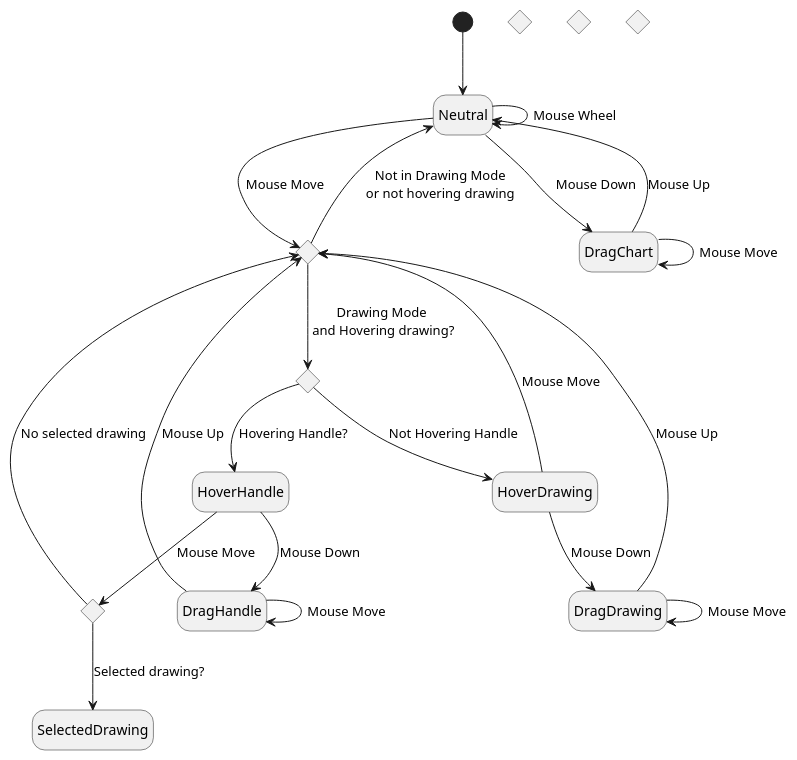
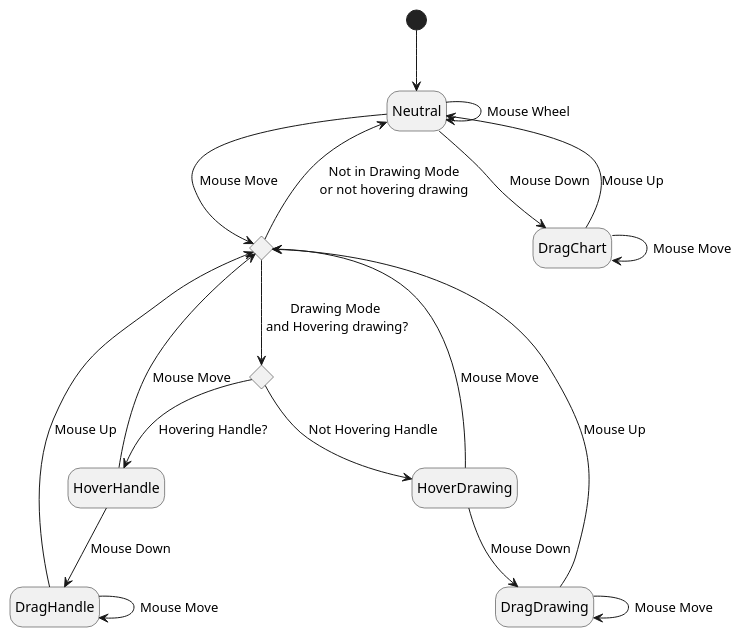
One commit to extic/investments changed the diagram in diagrams/mouse-state-machine1.puml. Above: the diagram before and after it, drawn with PlantUML. The commit also changed 14 other files, not shown here.

Commit message:
Fixed move and drag of drawings

```diff
--- a/diagrams/mouse-state-machine1.puml
+++ b/diagrams/mouse-state-machine1.puml
@@ -1,53 +1,33 @@
 @startuml
 hide empty description
 state "choice1" <<choice>>
 state "choice2" <<choice>>
-state "choice3" <<choice>>
-state "choice5" <<choice>>
-state "choice6" <<choice>>
-state "choice7" <<choice>>
 
 
 [*] --> Neutral
 Neutral -> Neutral: Mouse Wheel
 Neutral --> DragChart: Mouse Down
 Neutral --> choice1: Mouse Move
 
 DragChart --> DragChart: Mouse Move
 DragChart --> Neutral: Mouse Up
 
-choice1 --> choice5: Drawing Mode\n and Hovering drawing?
+choice1 --> choice2: Drawing Mode\n and Hovering drawing?
 choice1 --> Neutral: Not in Drawing Mode\nor not hovering drawing
 
-choice5 --> HoverHandle: Hovering Handle?
-choice5 --> HoverDrawing: Not Hovering Handle
+choice2 --> HoverHandle: Hovering Handle?
+choice2 --> HoverDrawing: Not Hovering Handle
 
 HoverDrawing --> choice1: Mouse Move
 HoverDrawing --> DragDrawing: Mouse Down
 
 DragDrawing --> DragDrawing: Mouse Move
 DragDrawing --> choice1: Mouse Up
 
-' SelectedDrawing --> choice3: Mouse Move
-' SelectedDrawing --> choice6: Mouse Down
-
-' choice6 --> DragDrawing: Hovering drawing?
-' choice6 --> Neutral: Not hovering drawing
-
-' choice3 --> HoverHandle: Hovering handle?
-' choice3 --> SelectedDrawing: Not hovering handle
-
-HoverHandle --> choice2: Mouse Move
+HoverHandle --> choice1: Mouse Move
 HoverHandle --> DragHandle: Mouse Down
-
-choice2 --> SelectedDrawing: Selected drawing?
-choice2 --> choice1: No selected drawing
 
 DragHandle --> DragHandle: Mouse Move
 DragHandle --> choice1: Mouse Up
 
-' SelectedHandle --> choice7: Mouse Move
-
-' choice7 --> HoverHandle: Hovering handle? ' choice7 --> SelectedDrawing: Not hovering handle
-
 @enduml
```
